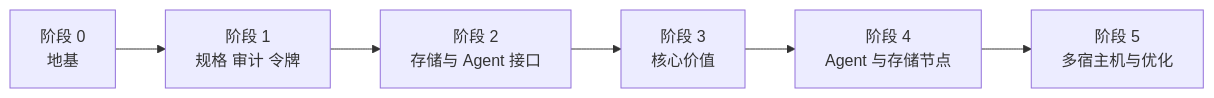
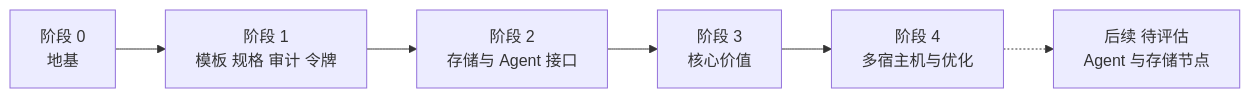
Before and after one commit to ArnoChenFx/minibox: the third of 3 diagrams in docs/design.md, drawn with Mermaid. The commit also changed other lines of this file, not shown here.

````diff
--- a/docs/design.md
+++ b/docs/design.md
@@ -842,8 +861,8 @@
 ```mermaid
 flowchart LR
-  P0[阶段 0<br/>地基] --> P1[阶段 1<br/>规格 审计 令牌]
+  P0[阶段 0<br/>地基] --> P1[阶段 1<br/>模板 规格 审计 令牌]
   P1 --> P2[阶段 2<br/>存储与 Agent 接口]
   P2 --> P3[阶段 3<br/>核心价值]
-  P3 --> P4[阶段 4<br/>Agent 与存储节点]
-  P4 --> P5[阶段 5<br/>多宿主机与优化]
+  P3 --> P4[阶段 4<br/>多宿主机与优化]
+  P4 -.-> P5[后续 待评估<br/>Agent 与存储节点]
 ```
````
